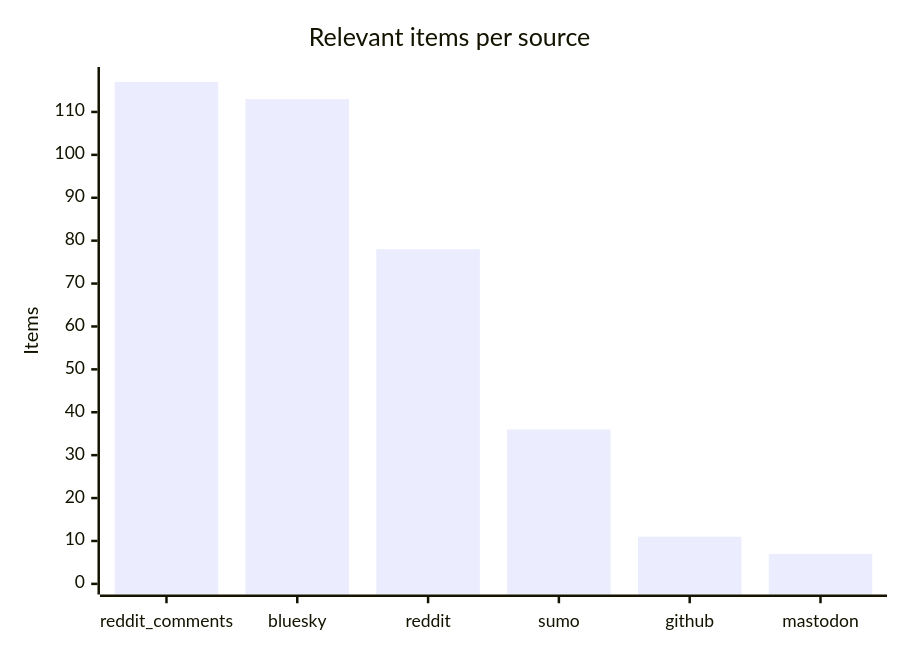
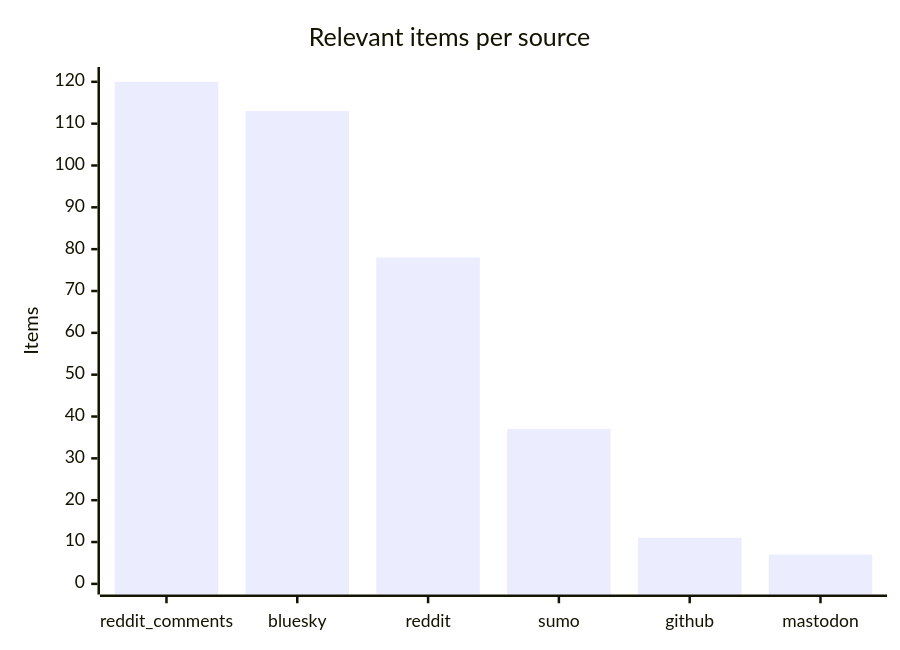
One commit to martinbalfanz/social-scanner-reports changed the third of 4 diagrams in README.md. Above: the diagram before and after it, drawn with Mermaid. The commit also changed other lines of this file and 2 other files, not shown here.

````diff
--- a/README.md
+++ b/README.md
@@ -48,7 +48,7 @@
 ```mermaid
 xychart-beta
     title "Relevant items per source"
     x-axis ["reddit_comments", "bluesky", "reddit", "sumo", "github", "mastodon"]
-    y-axis "Items" 0 --> 118
-    bar [117, 113, 78, 36, 11, 7]
+    y-axis "Items" 0 --> 121
+    bar [120, 113, 78, 37, 11, 7]
 ```
````
